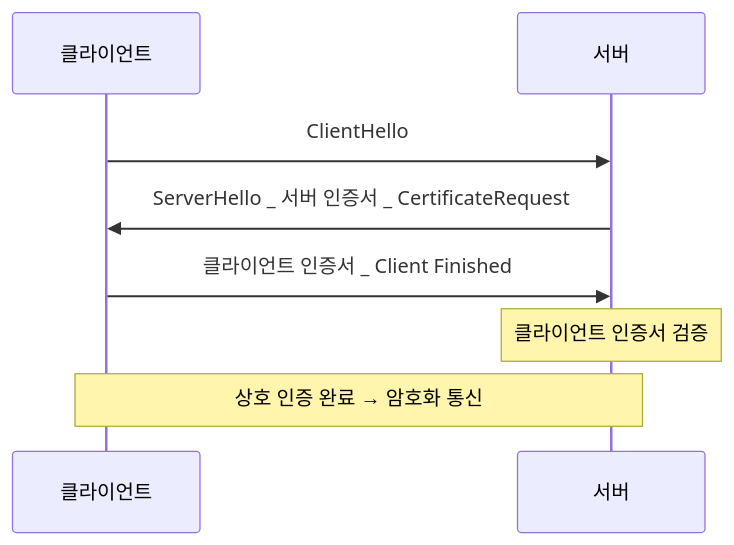
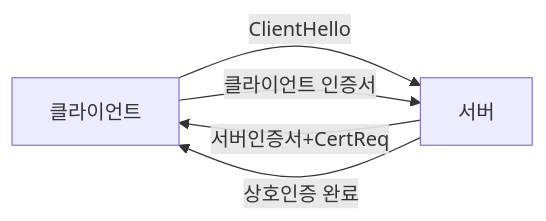
Before and after one commit to yjkim2015/yjkim2015.github.io: the fifth of 7 diagrams in _posts/network/2026-05-03-https-tls.md, drawn with Mermaid. The commit also changed other lines of this file and 84 other files, not shown here.

First line of the commit message:
85개 포스트 Mermaid 다이어그램 규칙 일괄 수정

````diff
--- a/_posts/network/2026-05-03-https-tls.md
+++ b/_posts/network/2026-05-03-https-tls.md
@@ -166,10 +163,7 @@
 ```mermaid
-sequenceDiagram
-    participant C as 클라이언트
-    participant S as 서버
-    C->>S: ClientHello
-    S->>C: ServerHello _ 서버 인증서 _ CertificateRequest
-    C->>S: 클라이언트 인증서 _ Client Finished
-    Note over S: 클라이언트 인증서 검증
-    Note over C,S: 상호 인증 완료 → 암호화 통신
+graph LR
+    C["클라이언트"] -->|"ClientHello"| S["서버"]
+    S -->|"서버인증서+CertReq"| C
+    C -->|"클라이언트 인증서"| S
+    S -->|"상호인증 완료"| C
 ```
````
